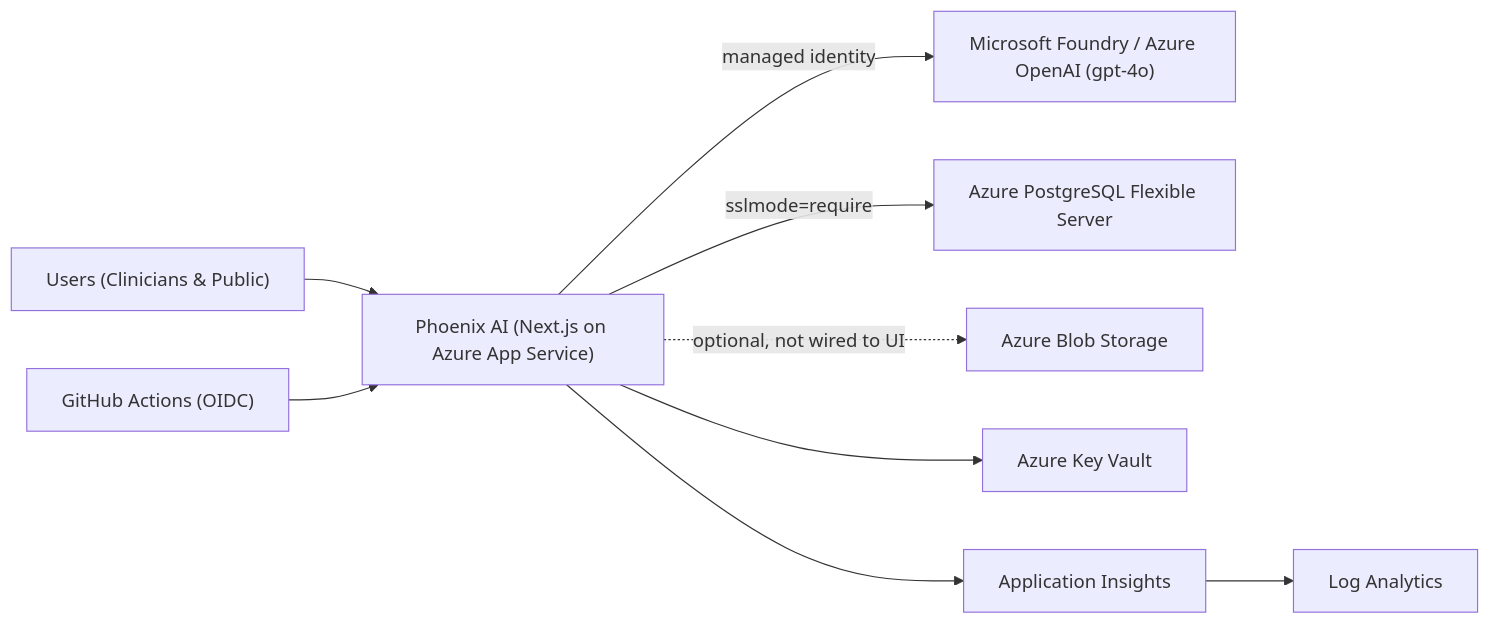
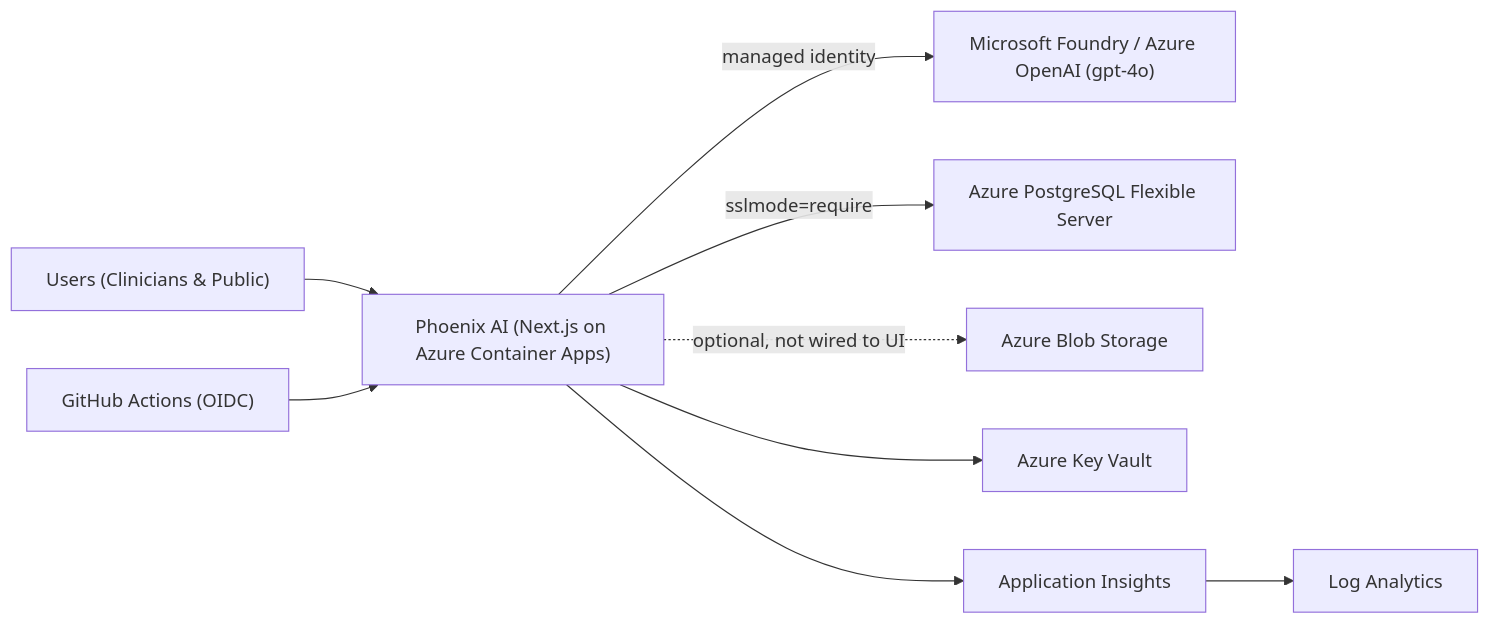
Before and after one commit to polyfuze4336-bot/phoenix-ai-azure: the diagram in README.md, drawn with Mermaid. The commit also changed other lines of this file and 42 other files, not shown here.

````diff
--- a/README.md
+++ b/README.md
@@ -96,10 +94,10 @@
 ```mermaid
 flowchart LR
-    Users["Users (Clinicians & Public)"] --> App["Phoenix AI (Next.js on Azure App Service)"]
+    Users["Users (Clinicians & Public)"] --> App["Phoenix AI (Next.js on Azure Container Apps)"]
     App -->|"managed identity"| Foundry["Microsoft Foundry / Azure OpenAI (gpt-4o)"]
     App -->|"sslmode=require"| PostgreSQL["Azure PostgreSQL Flexible Server"]
     App -.->|"optional, not wired to UI"| Blob["Azure Blob Storage"]
     App --> KV["Azure Key Vault"]
     App --> Insights["Application Insights"] --> Logs["Log Analytics"]
     GitHub["GitHub Actions (OIDC)"] --> App
 ```
````
